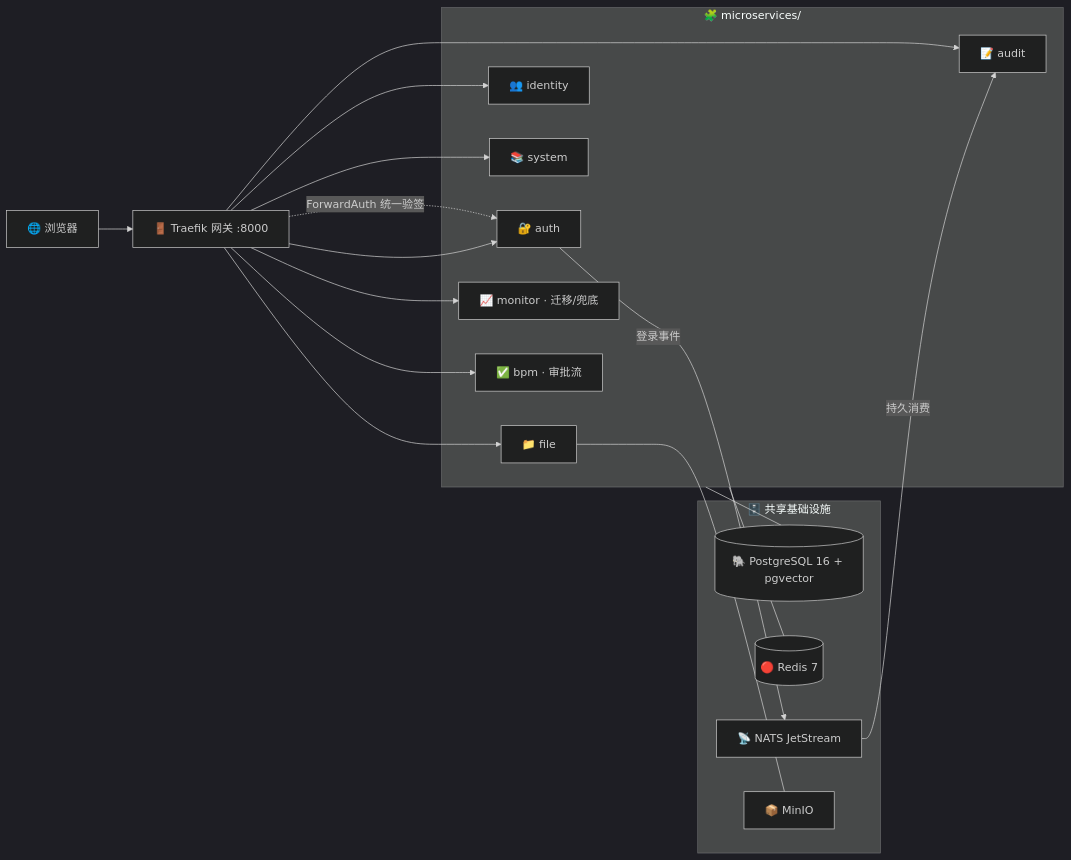
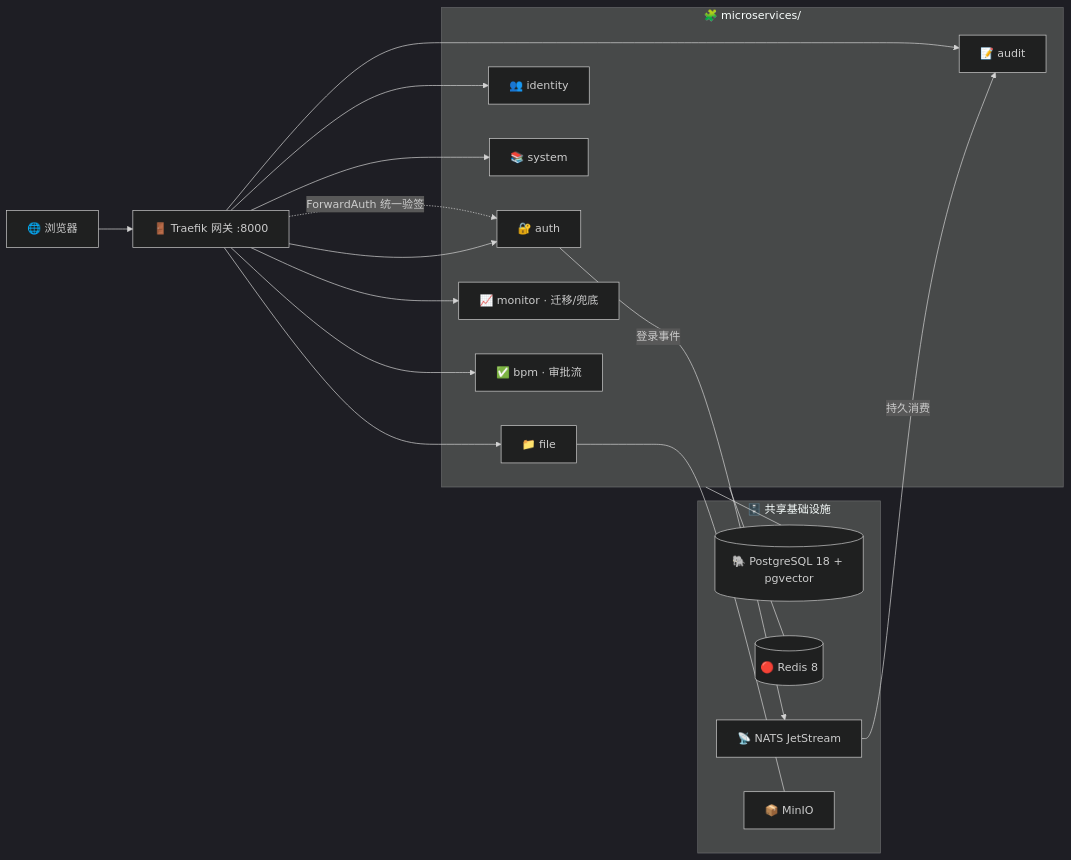
The diagram in README.md (SuperiorChuo/gopherforge), drawn with Mermaid (dark theme) before and after one commit. The commit also changed other lines of this file and 20 other files, not shown here.

````diff
--- a/README.md
+++ b/README.md
@@ -175,28 +175,28 @@
 ```mermaid
 flowchart LR
     B["🌐 浏览器"] --> GW["🚪 Traefik 网关 :8000"]
 
     subgraph MS["🧩 microservices/"]
         AUTH["🔐 auth"]
         IDT["👥 identity"]
         SYS["📚 system"]
         AUD["📝 audit"]
         FILE["📁 file"]
         MON["📈 monitor · 迁移/兜底"]
         BPM["✅ bpm · 审批流"]
     end
 
     GW -. "ForwardAuth 统一验签" .-> AUTH
     GW --> AUTH & IDT & SYS & AUD & FILE & MON & BPM
 
     subgraph INFRA["🗄️ 共享基础设施"]
-        PG[("🐘 PostgreSQL 16 + pgvector")]
-        RD[("🔴 Redis 7")]
+        PG[("🐘 PostgreSQL 18 + pgvector")]
+        RD[("🔴 Redis 8")]
         NATS["📡 NATS JetStream"]
         MC["📦 MinIO"]
     end
 
     MS --- PG & RD
     AUTH -- "登录事件" --> NATS -- "持久消费" --> AUD
     FILE --- MC
 ```
````
